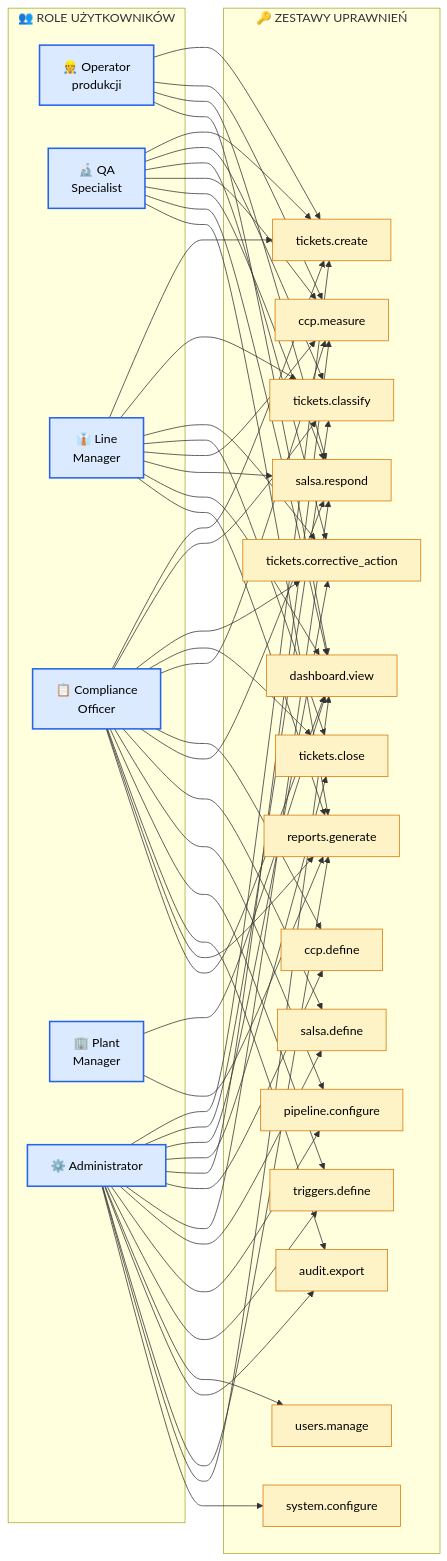
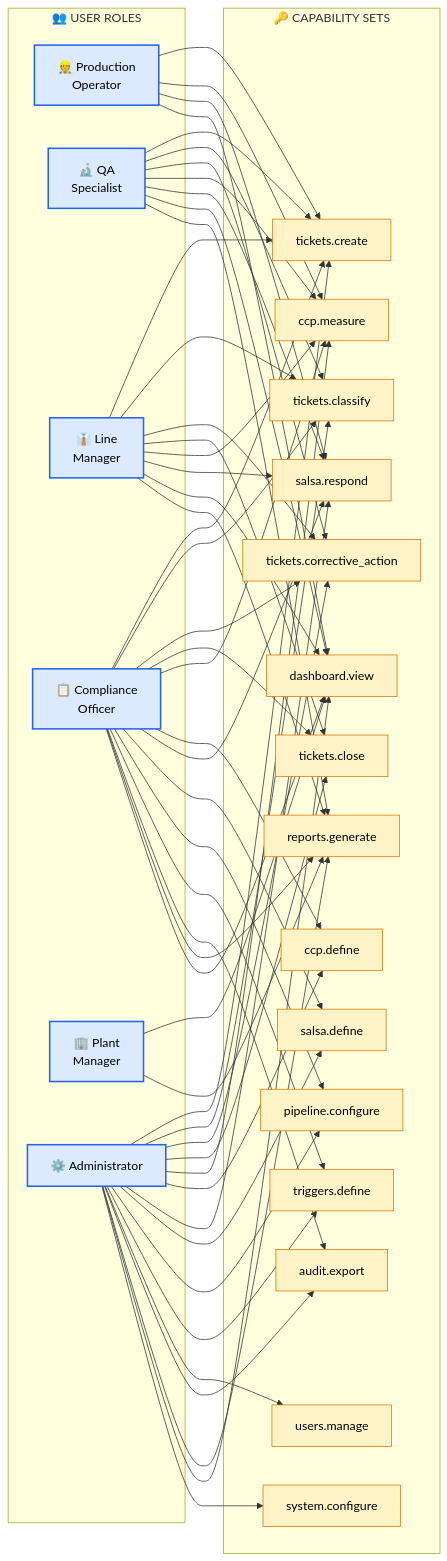
One commit to AmigoUK/qms-bakery changed the sixth of 10 diagrams in 02-diagramy-architektury.md. Above: the diagram before and after it, drawn with Mermaid. The commit also changed other lines of this file and 1 other file, not shown here.

First line of the commit message:
Translate architecture docs (01-, 02-) from Polish to English

````diff
--- a/02-diagramy-architektury.md
+++ b/02-diagramy-architektury.md
@@ -374,7 +374,7 @@
 ```mermaid
 graph LR
-    subgraph USERS["👥 ROLE UŻYTKOWNIKÓW"]
-        OP["👷 Operator<br/>produkcji"]
+    subgraph USERS["👥 USER ROLES"]
+        OP["👷 Production<br/>Operator"]
         QA["🔬 QA<br/>Specialist"]
         LM["👔 Line<br/>Manager"]
         CO["📋 Compliance<br/>Officer"]
@@ -382,7 +382,7 @@
         ADM["⚙️ Administrator"]
     end
 
-    subgraph CAPS["🔑 ZESTAWY UPRAWNIEŃ"]
+    subgraph CAPS["🔑 CAPABILITY SETS"]
         C_CREATE["tickets.create"]
         C_CLASSIFY["tickets.classify"]
         C_ACTION["tickets.corrective_action"]
````
